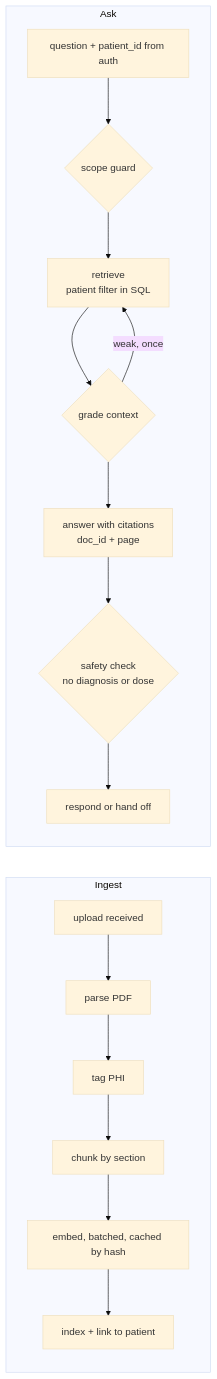
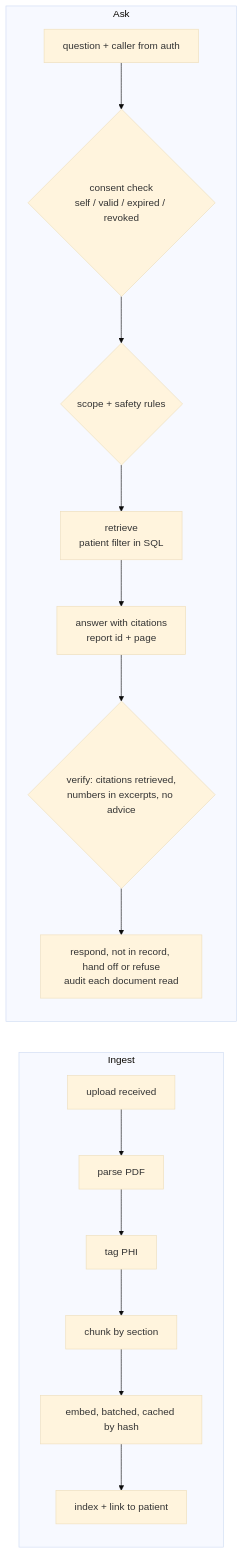
One commit to dhanushvaranasi-alpha/sahyog-hospital-problem changed the fourth of 4 diagrams in docs/architecture.md. Above: the diagram before and after it, drawn with Mermaid (base theme). The commit also changed other lines of this file and 39 other files, not shown here.

First line of the commit message:
W2 My records: ingest on the worker, consent-checked cited answers, audit of every read

````diff
--- a/docs/architecture.md
+++ b/docs/architecture.md
@@ -78,15 +78,14 @@
 ```mermaid
 flowchart LR
   subgraph Ingest
     U[upload received] --> P[parse PDF] --> T[tag PHI] --> C[chunk by section] --> EM[embed, batched, cached by hash] --> IX[index + link to patient]
   end
   subgraph Ask
-    Q[question + patient_id from auth] --> SG{scope guard}
+    Q[question + caller from auth] --> AC{consent check<br/>self / valid / expired / revoked}
+    AC --> SG{scope + safety rules}
     SG --> R[retrieve<br/>patient filter in SQL]
-    R --> GR{grade context}
-    GR -->|weak, once| R
-    GR --> AN[answer with citations<br/>doc_id + page]
-    AN --> SC{safety check<br/>no diagnosis or dose}
-    SC --> OUT[respond or hand off]
+    R --> AN[answer with citations<br/>report id + page]
+    AN --> VF{verify: citations retrieved,<br/>numbers in excerpts, no advice}
+    VF --> OUT[respond, not in record, hand off or refuse<br/>audit each document read]
   end
 ```
````
